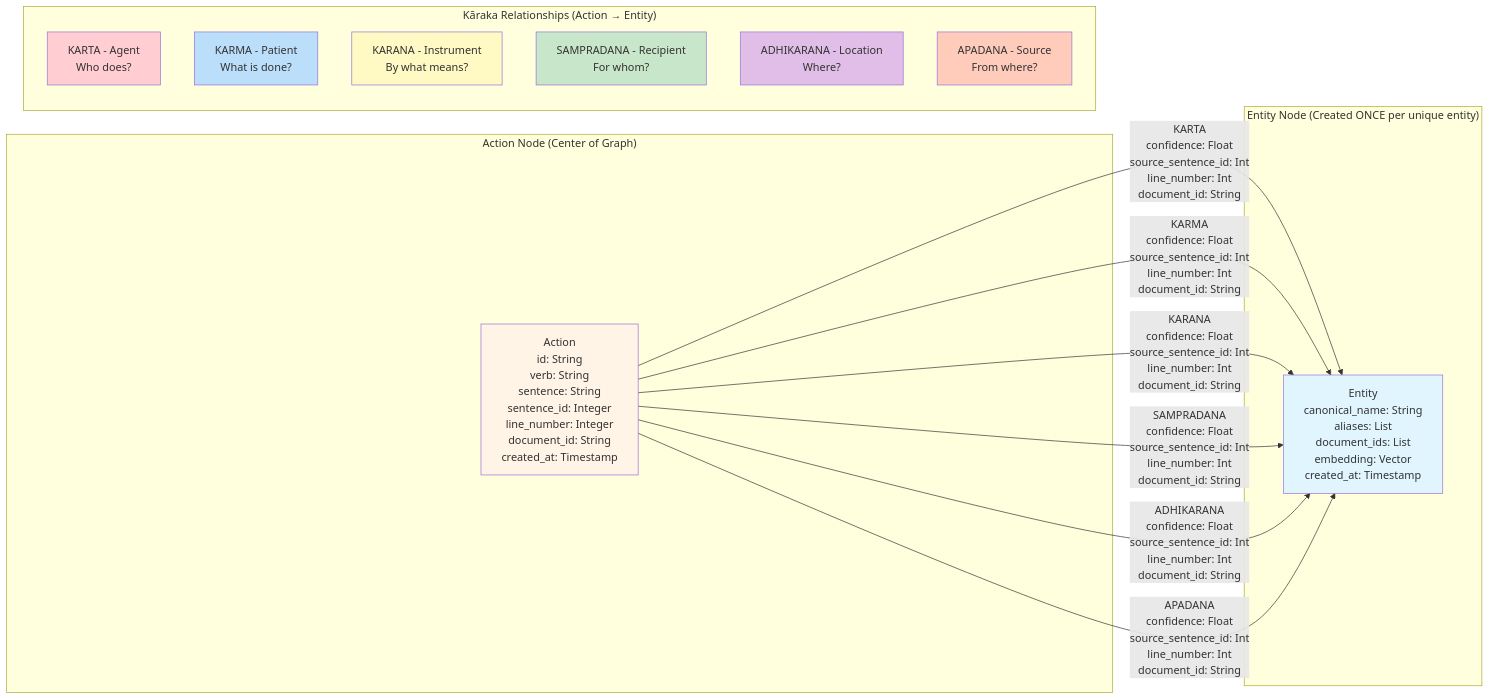
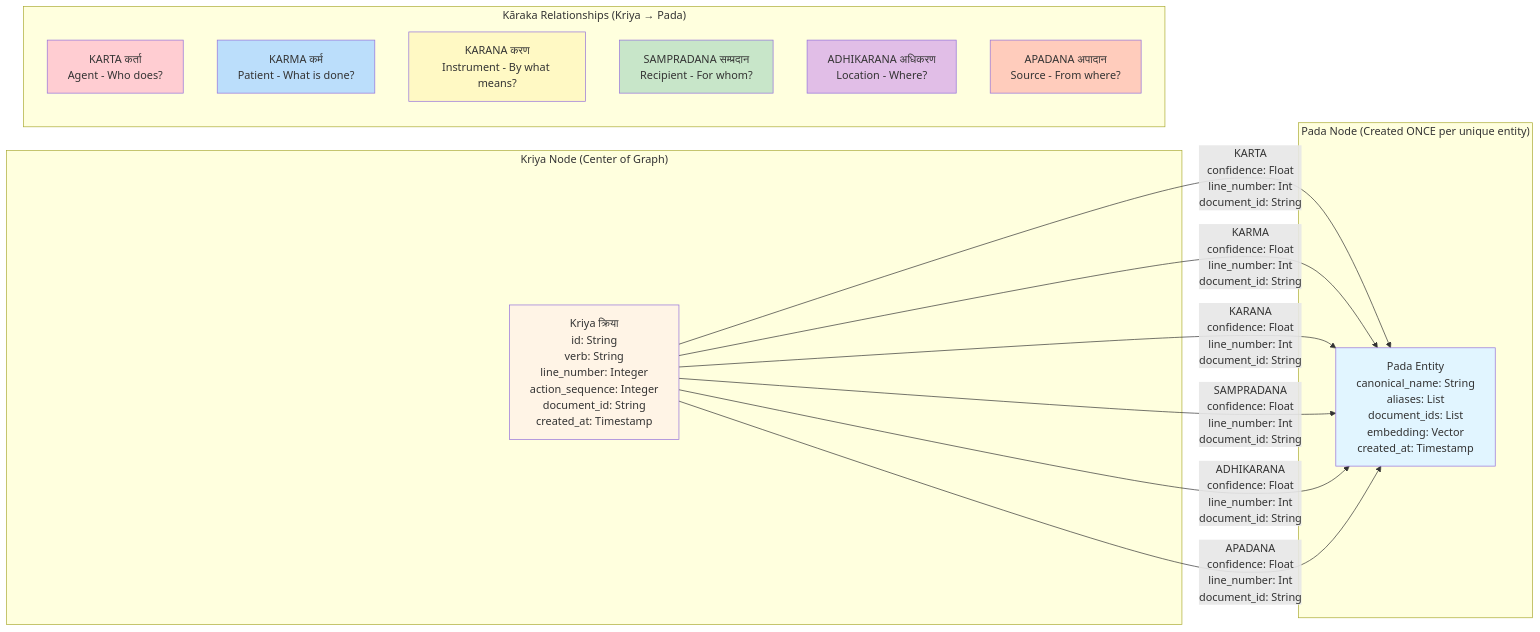
Before and after one commit to Vedsaga/nvidia-aws-agentic-ai: the diagram in diagrams/neo4j-schema.md, drawn with Mermaid. The commit also changed other lines of this file and 3 other files, not shown here.

First line of the commit message:
docs(diagrams): Update graph architecture and ingestion flow documentation

````diff
--- a/diagrams/neo4j-schema.md
+++ b/diagrams/neo4j-schema.md
@@ -20,35 +20,35 @@
 ```mermaid
 graph LR
-    subgraph "Entity Node (Created ONCE per unique entity)"
-        E1[Entity<br/>canonical_name: String<br/>aliases: List<br/>document_ids: List<br/>embedding: Vector<br/>created_at: Timestamp]
+    subgraph "Pada Node (Created ONCE per unique entity)"
+        E1[Pada Entity<br/>canonical_name: String<br/>aliases: List<br/>document_ids: List<br/>embedding: Vector<br/>created_at: Timestamp]
     end
 
-    subgraph "Action Node (Center of Graph)"
-        A1[Action<br/>id: String<br/>verb: String<br/>sentence: String<br/>sentence_id: Integer<br/>line_number: Integer<br/>document_id: String<br/>created_at: Timestamp]
+    subgraph "Kriya Node (Center of Graph)"
+        A1[Kriya क्रिया<br/>id: String<br/>verb: String<br/>line_number: Integer<br/>action_sequence: Integer<br/>document_id: String<br/>created_at: Timestamp]
     end
 
-    subgraph "Kāraka Relationships (Action → Entity)"
-        R1[KARTA - Agent<br/>Who does?]
-        R2[KARMA - Patient<br/>What is done?]
-        R3[KARANA - Instrument<br/>By what means?]
-        R4[SAMPRADANA - Recipient<br/>For whom?]
-        R5[ADHIKARANA - Location<br/>Where?]
-        R6[APADANA - Source<br/>From where?]
+    subgraph "Kāraka Relationships (Kriya → Pada)"
+        R1[KARTA कर्ता<br/>Agent - Who does?]
+        R2[KARMA कर्म<br/>Patient - What is done?]
+        R3[KARANA करण<br/>Instrument - By what means?]
+        R4[SAMPRADANA सम्प्रदान<br/>Recipient - For whom?]
+        R5[ADHIKARANA अधिकरण<br/>Location - Where?]
+        R6[APADANA अपादान<br/>Source - From where?]
     end
 
-    A1 -->|KARTA<br/>confidence: Float<br/>source_sentence_id: Int<br/>line_number: Int<br/>document_id: String| E1
-    A1 -->|KARMA<br/>confidence: Float<br/>source_sentence_id: Int<br/>line_number: Int<br/>document_id: String| E1
-    A1 -->|KARANA<br/>confidence: Float<br/>source_sentence_id: Int<br/>line_number: Int<br/>document_id: String| E1
-    A1 -->|SAMPRADANA<br/>confidence: Float<br/>source_sentence_id: Int<br/>line_number: Int<br/>document_id: String| E1
-    A1 -->|ADHIKARANA<br/>confidence: Float<br/>source_sentence_id: Int<br/>line_number: Int<br/>document_id: String| E1
-    A1 -->|APADANA<br/>confidence: Float<br/>source_sentence_id: Int<br/>line_number: Int<br/>document_id: String| E1
+    A1 -->|KARTA<br/>confidence: Float<br/>line_number: Int<br/>document_id: String| E1
+    A1 -->|KARMA<br/>confidence: Float<br/>line_number: Int<br/>document_id: String| E1
+    A1 -->|KARANA<br/>confidence: Float<br/>line_number: Int<br/>document_id: String| E1
+    A1 -->|SAMPRADANA<br/>confidence: Float<br/>line_number: Int<br/>document_id: String| E1
+    A1 -->|ADHIKARANA<br/>confidence: Float<br/>line_number: Int<br/>document_id: String| E1
+    A1 -->|APADANA<br/>confidence: Float<br/>line_number: Int<br/>document_id: String| E1
 
     style E1 fill:#e1f5ff
     style A1 fill:#fff4e6
     style R1 fill:#ffcdd2
     style R2 fill:#bbdefb
     style R3 fill:#fff9c4
     style R4 fill:#c8e6c9
     style R5 fill:#e1bee7
     style R6 fill:#ffccbc
 ```
````
